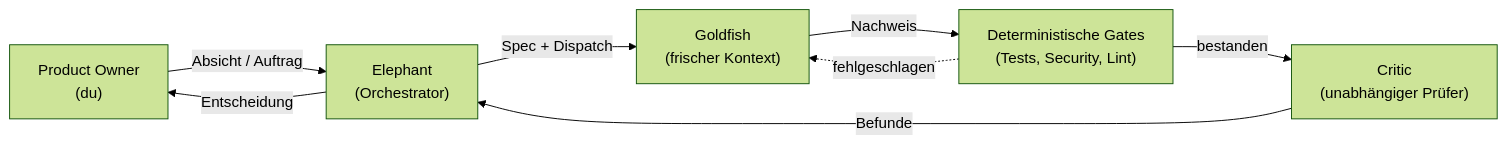
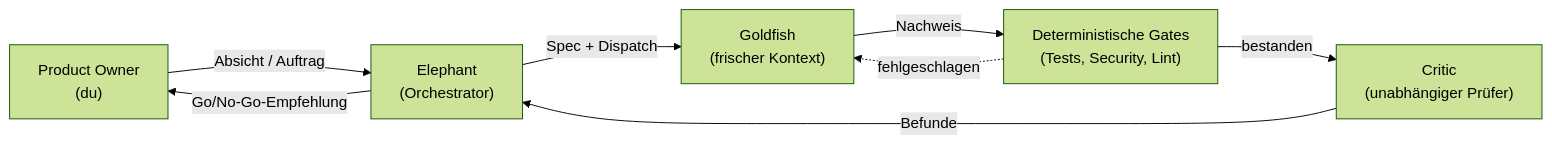
The second of 2 diagrams in README.md (agent-pipe-shared/agent-pipeline), drawn with Mermaid (forest theme) before and after one commit. The commit also changed other lines of this file and 46 other files, not shown here.

````diff
--- a/README.md
+++ b/README.md
@@ -285,10 +298,10 @@
 ```mermaid
 flowchart LR
     PO["Product Owner<br/>(du)"] -->|"Absicht / Auftrag"| Elephant["Elephant<br/>(Orchestrator)"]
     Elephant -->|"Spec + Dispatch"| Goldfish["Goldfish<br/>(frischer Kontext)"]
     Goldfish -->|"Nachweis"| Gates["Deterministische Gates<br/>(Tests, Security, Lint)"]
     Gates -.->|"fehlgeschlagen"| Goldfish
     Gates -->|"bestanden"| Critic["Critic<br/>(unabhängiger Prüfer)"]
     Critic -->|"Befunde"| Elephant
-    Elephant -->|"Entscheidung"| PO
+    Elephant -->|"Go/No-Go-Empfehlung"| PO
 ```
````
